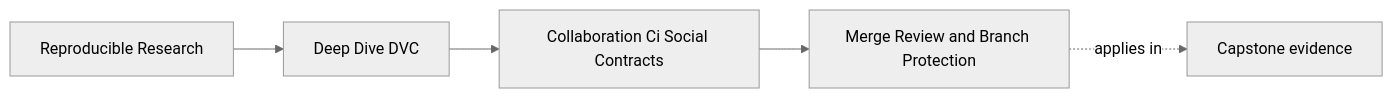
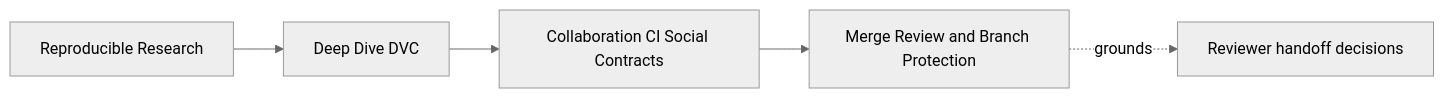
Before and after one commit to bijux/bijux-masterclass: the first of 3 diagrams in programs/reproducible-research/deep-dive-dvc/course-book/module-07-collaboration-ci-social-contracts/merge-review-and-branch-protection.md, drawn with Mermaid (neutral theme). The commit also changed other lines of this file, not shown here.

Commit message:
docs(dvc): review merges as coherent handoff claims

````diff
--- a/programs/reproducible-research/deep-dive-dvc/course-book/module-07-collaboration-ci-social-contracts/merge-review-and-branch-protection.md
+++ b/programs/reproducible-research/deep-dive-dvc/course-book/module-07-collaboration-ci-social-contracts/merge-review-and-branch-protection.md
@@ -7,11 +6,11 @@
 ```mermaid
 graph LR
   family["Reproducible Research"]
   program["Deep Dive DVC"]
-  section["Collaboration Ci Social Contracts"]
+  section["Collaboration CI Social Contracts"]
   page["Merge Review and Branch Protection"]
-  capstone["Capstone evidence"]
+  capstone["Reviewer handoff decisions"]
 
   family --> program --> section --> page
-  page -.applies in.-> capstone
+  page -.grounds.-> capstone
 ```
````
